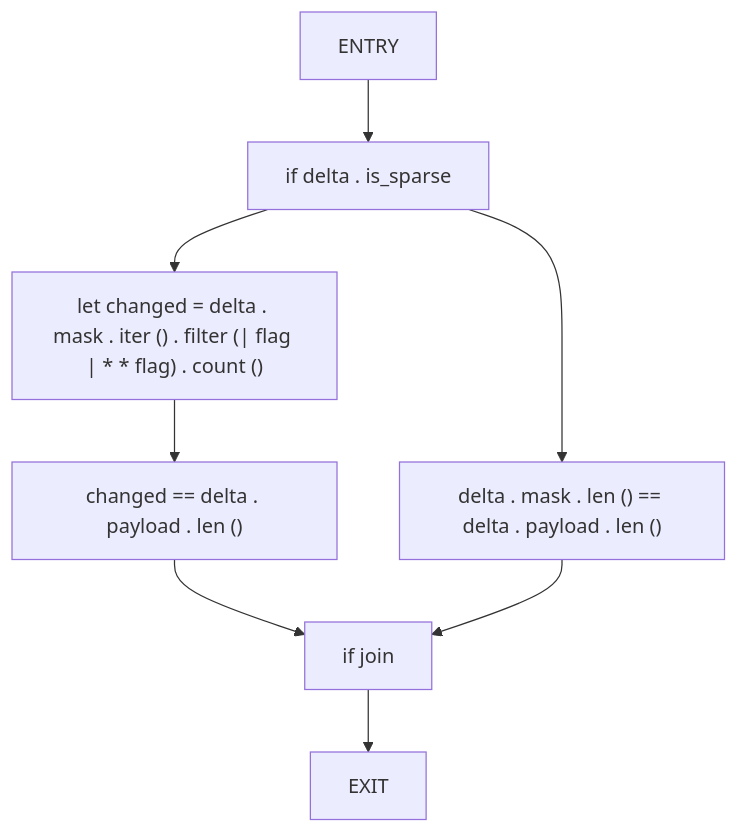
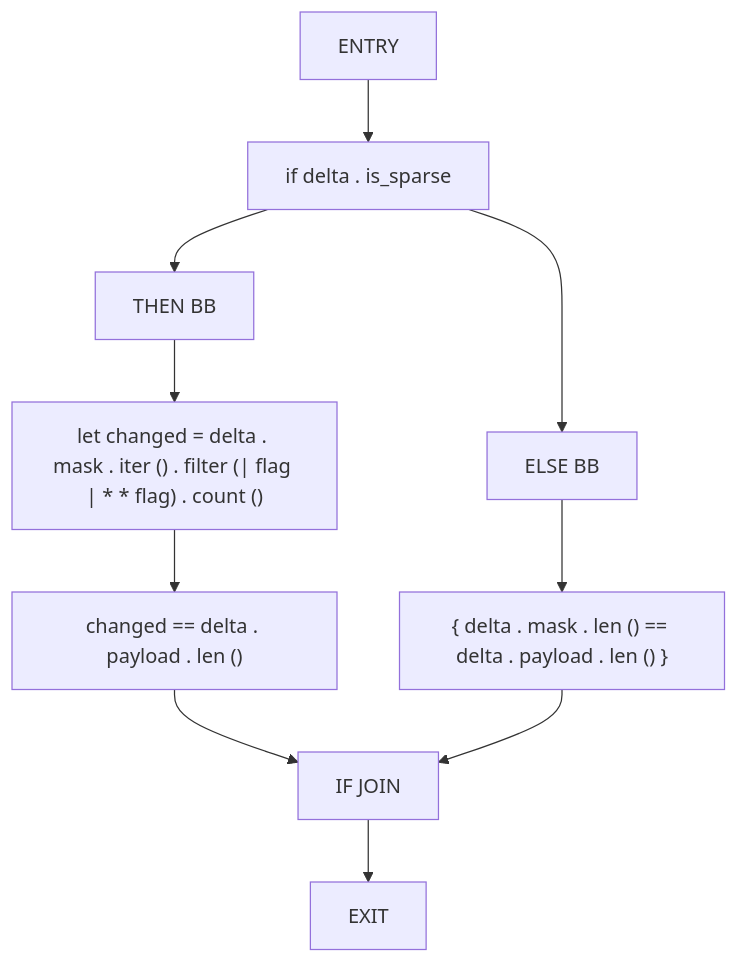
Before and after one commit to cicero-violate/MMSB: diagram 28 of 40 in docs/analysis/cfg/010-src-01_page.md, drawn with Mermaid. The commit also changed other lines of this file and 865 other files, not shown here.

````diff
--- a/docs/analysis/cfg/010-src-01_page.md
+++ b/docs/analysis/cfg/010-src-01_page.md
@@ -1214,17 +894,21 @@
 ```mermaid
 flowchart TD
     schema_valid_0["ENTRY"]
     schema_valid_1["if delta . is_sparse"]
-    schema_valid_2["let changed = delta . mask . iter () . filter (| flag | * * flag) . count ()"]
-    schema_valid_3["changed == delta . payload . len ()"]
-    schema_valid_4["delta . mask . len () == delta . payload . len ()"]
-    schema_valid_5["if join"]
-    schema_valid_6["EXIT"]
+    schema_valid_2["THEN BB"]
+    schema_valid_3["let changed = delta . mask . iter () . filter (| flag | * * flag) . count ()"]
+    schema_valid_4["changed == delta . payload . len ()"]
+    schema_valid_5["ELSE BB"]
+    schema_valid_6["{ delta . mask . len () == delta . payload . len () }"]
+    schema_valid_7["IF JOIN"]
+    schema_valid_8["EXIT"]
     schema_valid_0 --> schema_valid_1
     schema_valid_1 --> schema_valid_2
     schema_valid_2 --> schema_valid_3
-    schema_valid_1 --> schema_valid_4
-    schema_valid_3 --> schema_valid_5
-    schema_valid_4 --> schema_valid_5
+    schema_valid_3 --> schema_valid_4
+    schema_valid_1 --> schema_valid_5
     schema_valid_5 --> schema_valid_6
+    schema_valid_4 --> schema_valid_7
+    schema_valid_6 --> schema_valid_7
+    schema_valid_7 --> schema_valid_8
 ```
````
